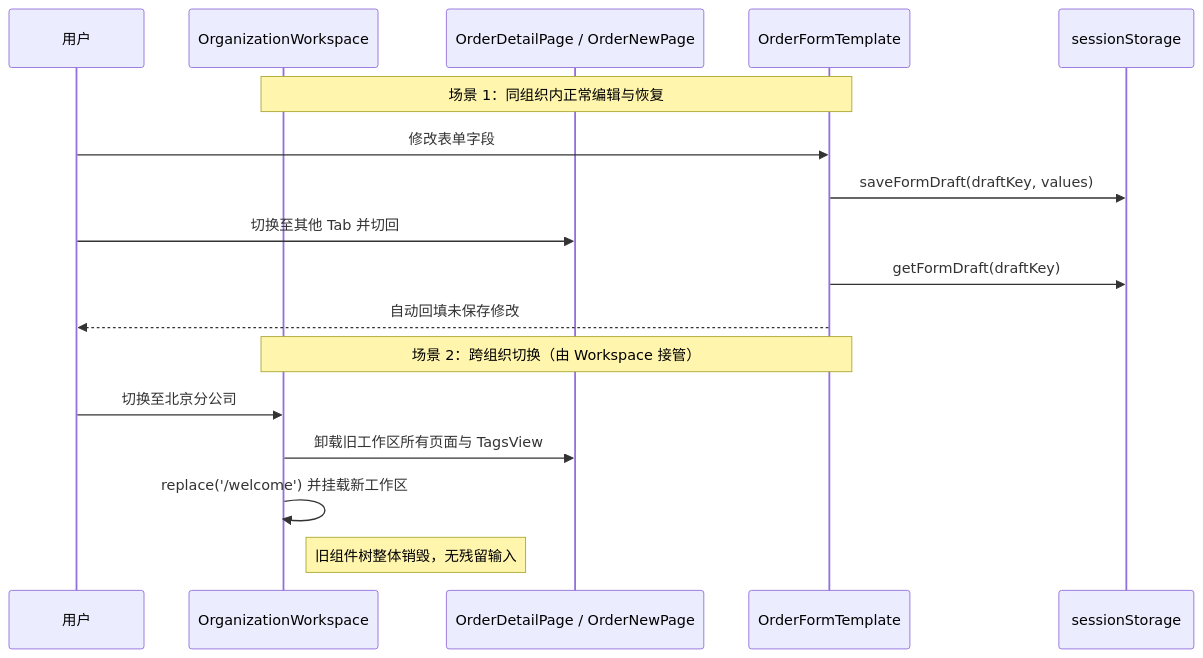
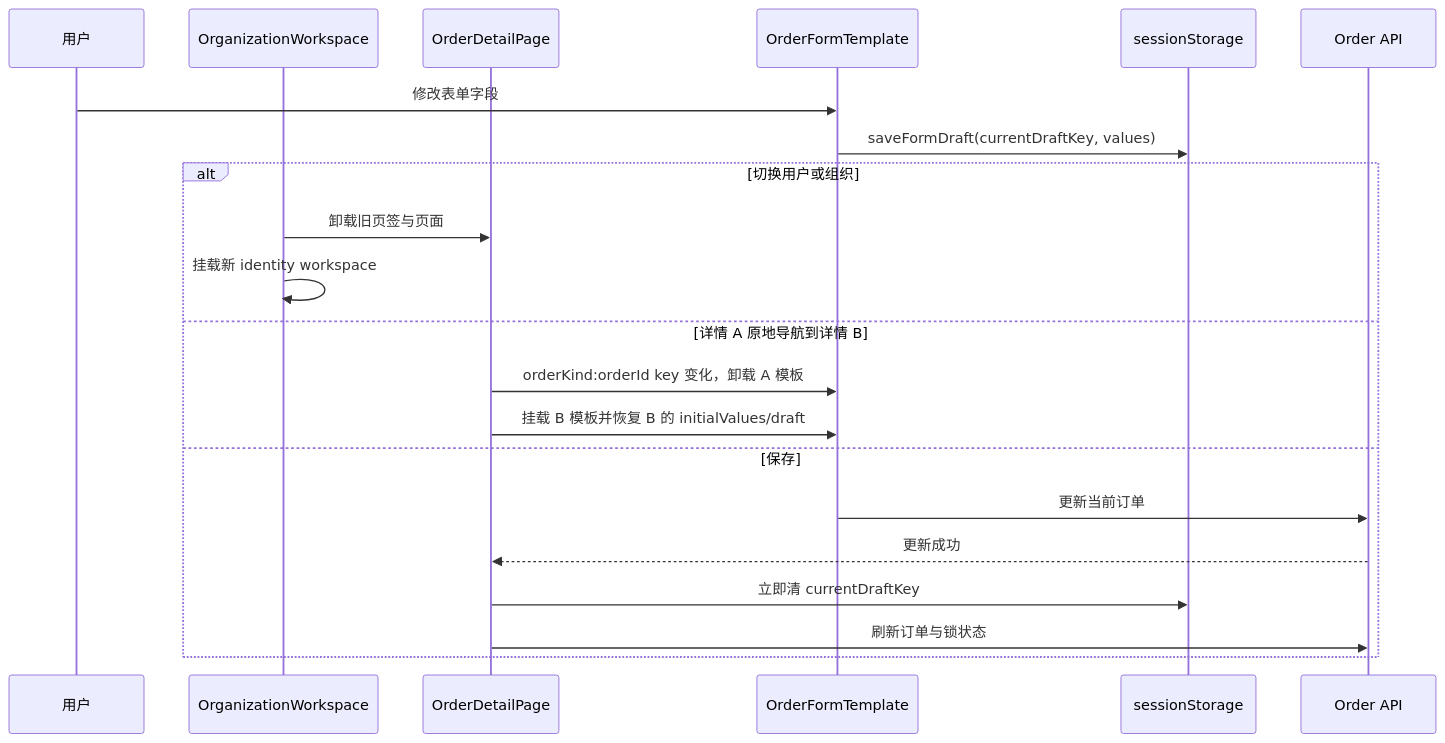
The diagram in .trellis/tasks/09-09-cleanup-order-draft-defenses/design.md (mam15mon/roncin-go-admin), drawn with Mermaid before and after one commit. The commit also changed other lines of this file and 5 other files, not shown here.

````diff
--- a/.trellis/tasks/09-09-cleanup-order-draft-defenses/design.md
+++ b/.trellis/tasks/09-09-cleanup-order-draft-defenses/design.md
@@ -46,21 +103,25 @@
 ```mermaid
 sequenceDiagram
     participant User as 用户
     participant Workspace as OrganizationWorkspace
-    participant Page as OrderDetailPage / OrderNewPage
+    participant Page as OrderDetailPage
     participant Template as OrderFormTemplate
     participant Storage as sessionStorage
+    participant API as Order API
 
-    Note over Workspace, Template: 场景 1：同组织内正常编辑与恢复
     User->>Template: 修改表单字段
-    Template->>Storage: saveFormDraft(draftKey, values)
-    User->>Page: 切换至其他 Tab 并切回
-    Template->>Storage: getFormDraft(draftKey)
-    Template-->>User: 自动回填未保存修改
+    Template->>Storage: saveFormDraft(currentDraftKey, values)
 
-    Note over Workspace, Template: 场景 2：跨组织切换（由 Workspace 接管）
-    User->>Workspace: 切换至北京分公司
-    Workspace->>Page: 卸载旧工作区所有页面与 TagsView
-    Workspace->>Workspace: replace('/welcome') 并挂载新工作区
-    Note right of Workspace: 旧组件树整体销毁，无残留输入
+    alt 切换用户或组织
+        Workspace->>Page: 卸载旧页签与页面
+        Workspace->>Workspace: 挂载新 identity workspace
+    else 详情 A 原地导航到详情 B
+        Page->>Template: orderKind:orderId key 变化，卸载 A 模板
+        Page->>Template: 挂载 B 模板并恢复 B 的 initialValues/draft
+    else 保存
+        Template->>API: 更新当前订单
+        API-->>Page: 更新成功
+        Page->>Storage: 立即清 currentDraftKey
+        Page->>API: 刷新订单与锁状态
+    end
 ```
````
